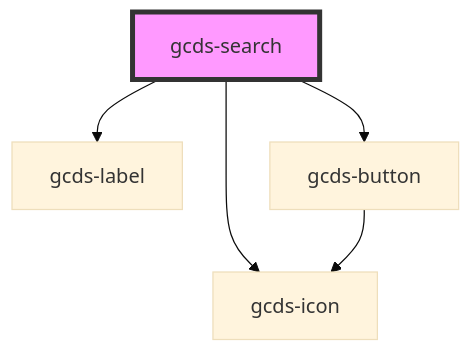
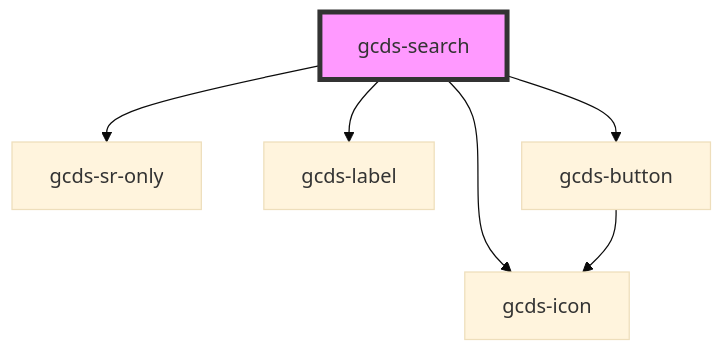
Before and after one commit to cds-snc/gcds-components: the diagram in packages/web/src/components/gcds-search/readme.md, drawn with Mermaid (base theme). The commit also changed other lines of this file and 11 other files, not shown here.

````diff
--- a/packages/web/src/components/gcds-search/readme.md
+++ b/packages/web/src/components/gcds-search/readme.md
@@ -39,8 +40,9 @@
 ```mermaid
 graph TD;
+  gcds-search --> gcds-sr-only
   gcds-search --> gcds-label
   gcds-search --> gcds-button
   gcds-search --> gcds-icon
   gcds-button --> gcds-icon
   style gcds-search fill:#f9f,stroke:#333,stroke-width:4px
 ```
````
